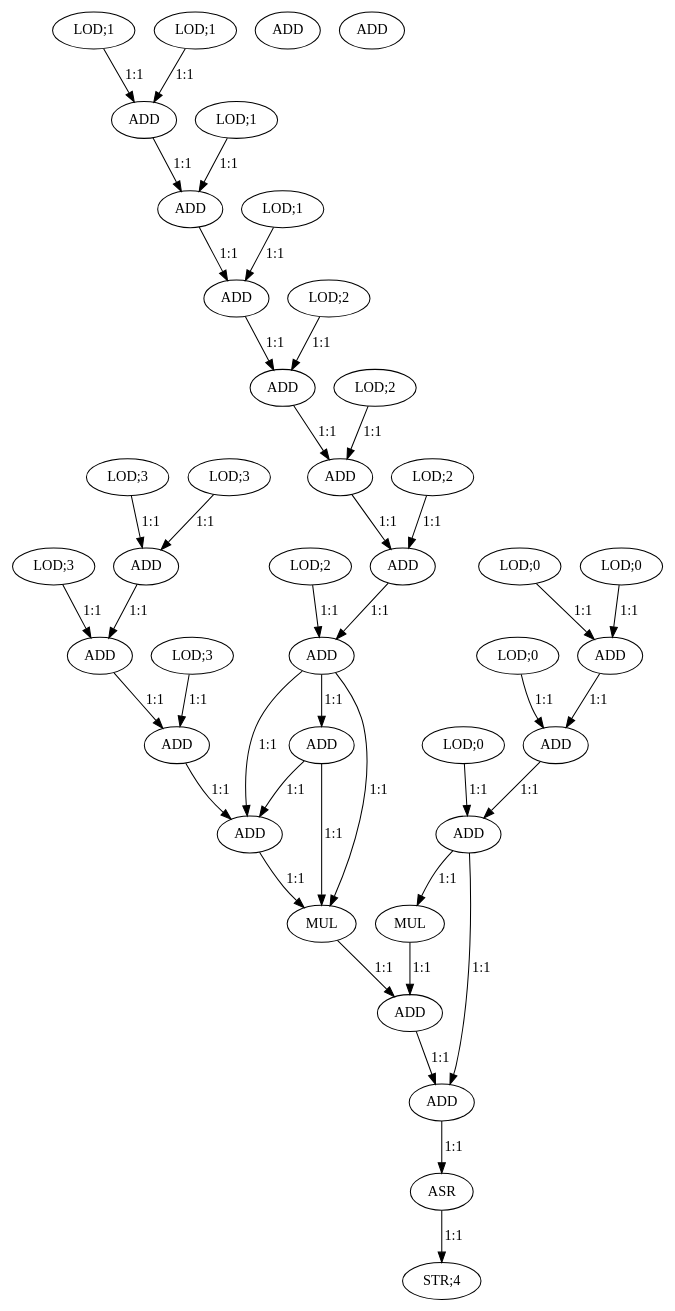
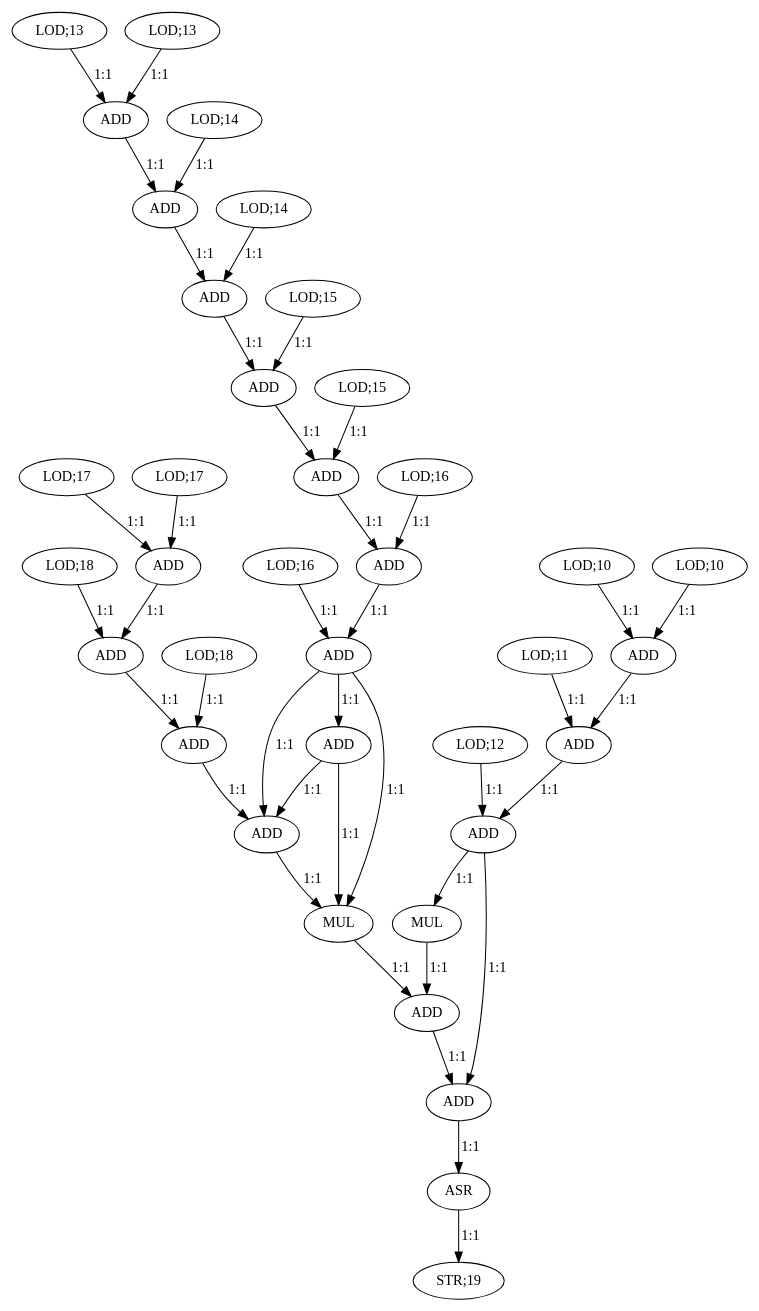
One commit to nikhilsambhus/DFGprop changed the diagram in large_dfgs/Express_loadUpward/jpeg_smooth_downsample.dot. Above: the diagram before and after it, drawn with Graphviz. The commit also changed 10 other files, not shown here.

```diff
--- a/large_dfgs/Express_loadUpward/jpeg_smooth_downsample.dot
+++ b/large_dfgs/Express_loadUpward/jpeg_smooth_downsample.dot
@@ -1,82 +1,80 @@
 digraph  {
-   0 [label="LOD;0"];
-   1 [label="LOD;0"];
+   0 [label="LOD;10"];
+   1 [label="LOD;10"];
    2 [label="ADD"];
-   3 [label="LOD;0"];
+   3 [label="LOD;11"];
    4 [label="ADD"];
-   5 [label="LOD;0"];
+   5 [label="LOD;12"];
    6 [label="ADD"];
-   7 [label="LOD;1"];
-   8 [label="LOD;1"];
+   7 [label="LOD;13"];
+   8 [label="LOD;13"];
    9 [label="ADD"];
-   10 [label="LOD;1"];
+   10 [label="LOD;14"];
    11 [label="ADD"];
-   12 [label="LOD;1"];
+   12 [label="LOD;14"];
    13 [label="ADD"];
-   14 [label="LOD;2"];
+   14 [label="LOD;15"];
    15 [label="ADD"];
-   16 [label="LOD;2"];
+   16 [label="LOD;15"];
    17 [label="ADD"];
-   18 [label="LOD;2"];
+   18 [label="LOD;16"];
    19 [label="ADD"];
-   20 [label="LOD;2"];
+   20 [label="LOD;16"];
    21 [label="ADD"];
    22 [label="ADD"];
-   23 [label="LOD;3"];
-   24 [label="LOD;3"];
+   23 [label="LOD;17"];
+   24 [label="LOD;17"];
    25 [label="ADD"];
-   26 [label="LOD;3"];
+   26 [label="LOD;18"];
    27 [label="ADD"];
-   28 [label="LOD;3"];
+   28 [label="LOD;18"];
    29 [label="ADD"];
    30 [label="ADD"];
    31 [label="MUL"];
    32 [label="MUL"];
    33 [label="ADD"];
    34 [label="ADD"];
    35 [label="ASR"];
-   36 [label="STR;4"];
-   37 [label="ADD"];
-   38 [label="ADD"];
+   36 [label="STR;19"];
 
    0->2 [label="1:1"];
    1->2 [label="1:1"];
    2->4 [label="1:1"];
    3->4 [label="1:1"];
    4->6 [label="1:1"];
    5->6 [label="1:1"];
    6->31 [label="1:1"];
    6->34 [label="1:1"];
    7->9 [label="1:1"];
    8->9 [label="1:1"];
    9->11 [label="1:1"];
    10->11 [label="1:1"];
    11->13 [label="1:1"];
    12->13 [label="1:1"];
    13->15 [label="1:1"];
    14->15 [label="1:1"];
    15->17 [label="1:1"];
    16->17 [label="1:1"];
    17->19 [label="1:1"];
    18->19 [label="1:1"];
    19->21 [label="1:1"];
    20->21 [label="1:1"];
    21->22 [label="1:1"];
    21->30 [label="1:1"];
    21->32 [label="1:1"];
    22->30 [label="1:1"];
    22->32 [label="1:1"];
    23->25 [label="1:1"];
    24->25 [label="1:1"];
    25->27 [label="1:1"];
    26->27 [label="1:1"];
    27->29 [label="1:1"];
    28->29 [label="1:1"];
    29->30 [label="1:1"];
    30->32 [label="1:1"];
    31->33 [label="1:1"];
    32->33 [label="1:1"];
    33->34 [label="1:1"];
    34->35 [label="1:1"];
    35->36 [label="1:1"];
  }
```
